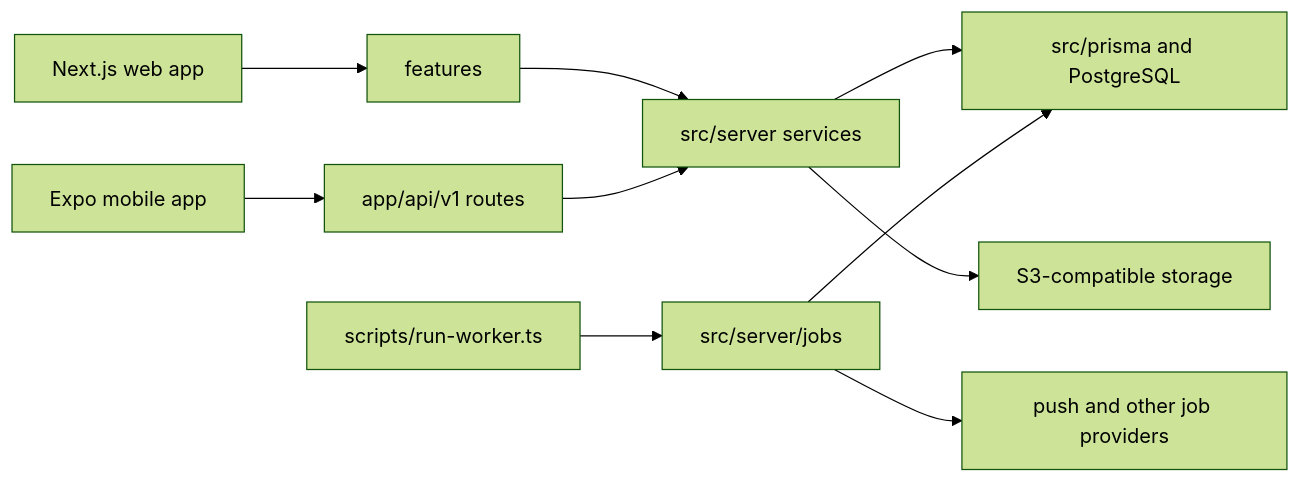
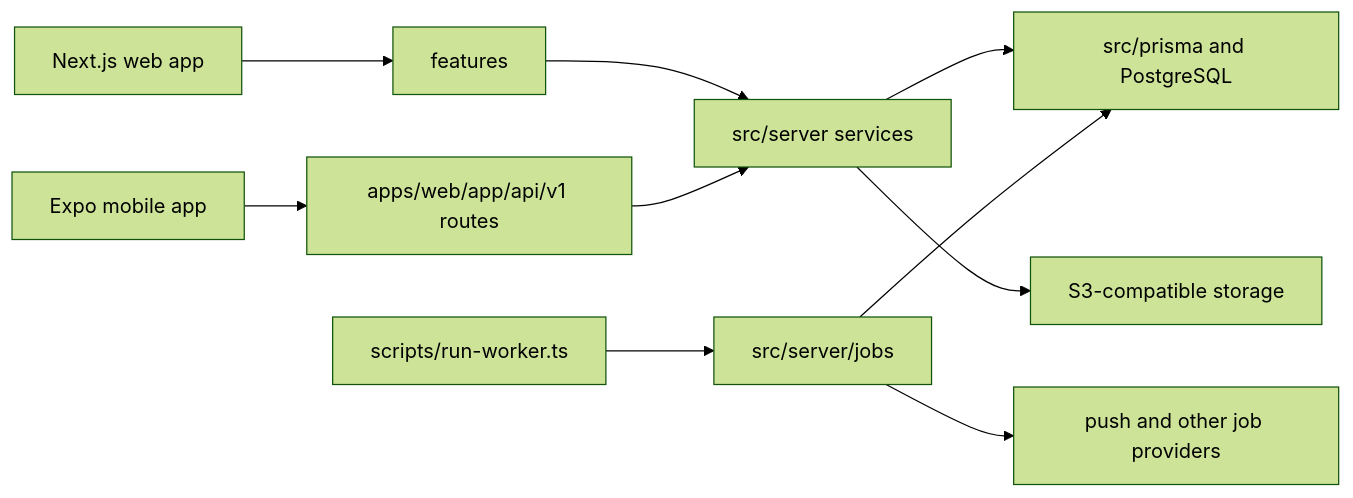
One commit to C1131-G/TASK-ONE changed the first of 2 diagrams in docs/architecture.md. Above: the diagram before and after it, drawn with Mermaid (forest theme). The commit also changed other lines of this file and 380 other files, not shown here.

Commit message:
Improve portal UI and move web app into apps

````diff
--- a/docs/architecture.md
+++ b/docs/architecture.md
@@ -11,12 +11,12 @@
 ```mermaid
 flowchart LR
     web[Next.js web app] --> features[features]
     features --> server[src/server services]
-    mobile[Expo mobile app] --> api[app/api/v1 routes]
+    mobile[Expo mobile app] --> api[apps/web/app/api/v1 routes]
     api --> server
     server --> database[src/prisma and PostgreSQL]
     server --> storage[S3-compatible storage]
     worker[scripts/run-worker.ts] --> jobs[src/server/jobs]
     jobs --> database
     jobs --> providers[push and other job providers]
 ```
````
